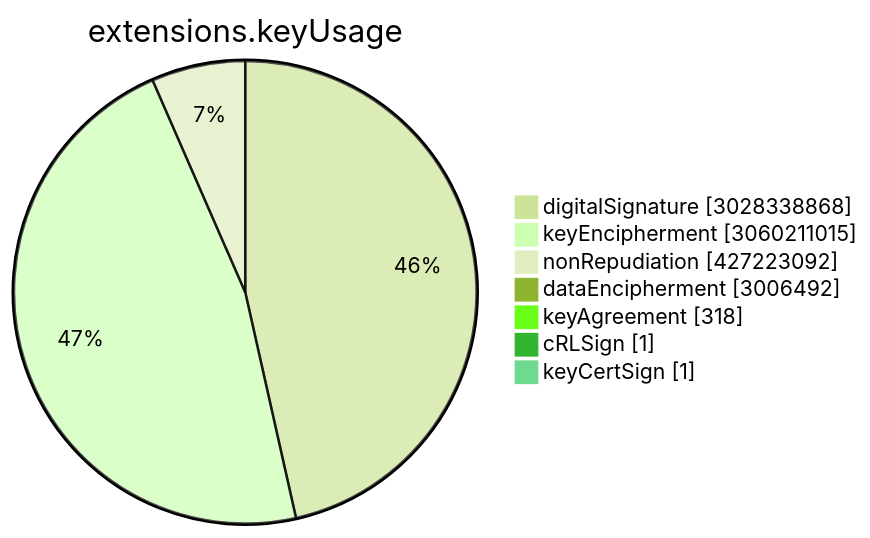
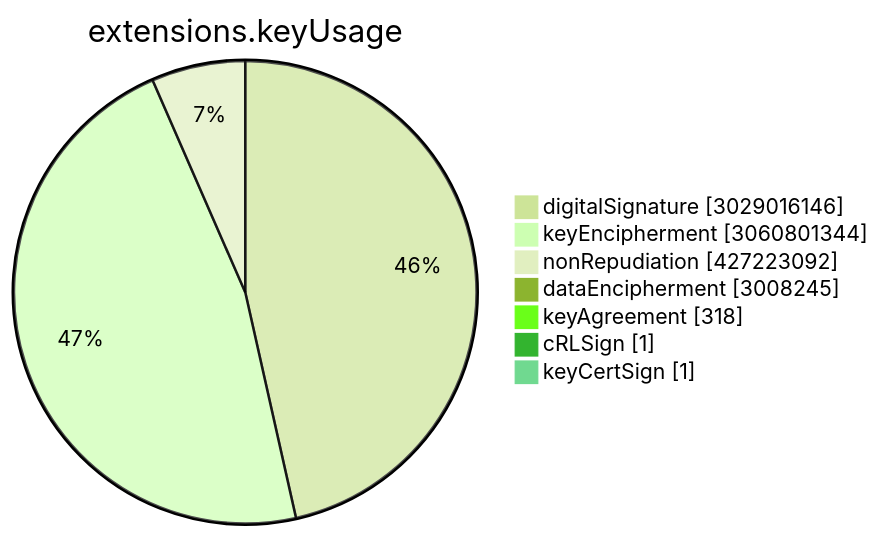
Before and after one commit to christiankrug/ctmonitor_visualization: the sixth of 15 diagrams in TOTAL/README.md, drawn with Mermaid (forest theme). The commit also changed other lines of this file, not shown here.

````diff
--- a/TOTAL/README.md
+++ b/TOTAL/README.md
@@ -3075,11 +3075,11 @@
 ```mermaid
 pie showData
 title extensions.keyUsage
-"digitalSignature" :3028338868
-"keyEncipherment" :3060211015
+"digitalSignature" :3029016146
+"keyEncipherment" :3060801344
 "nonRepudiation" :427223092
-"dataEncipherment" :3006492
+"dataEncipherment" :3008245
 "keyAgreement" :318
 "cRLSign" :1
 "keyCertSign" :1
 ```
````
